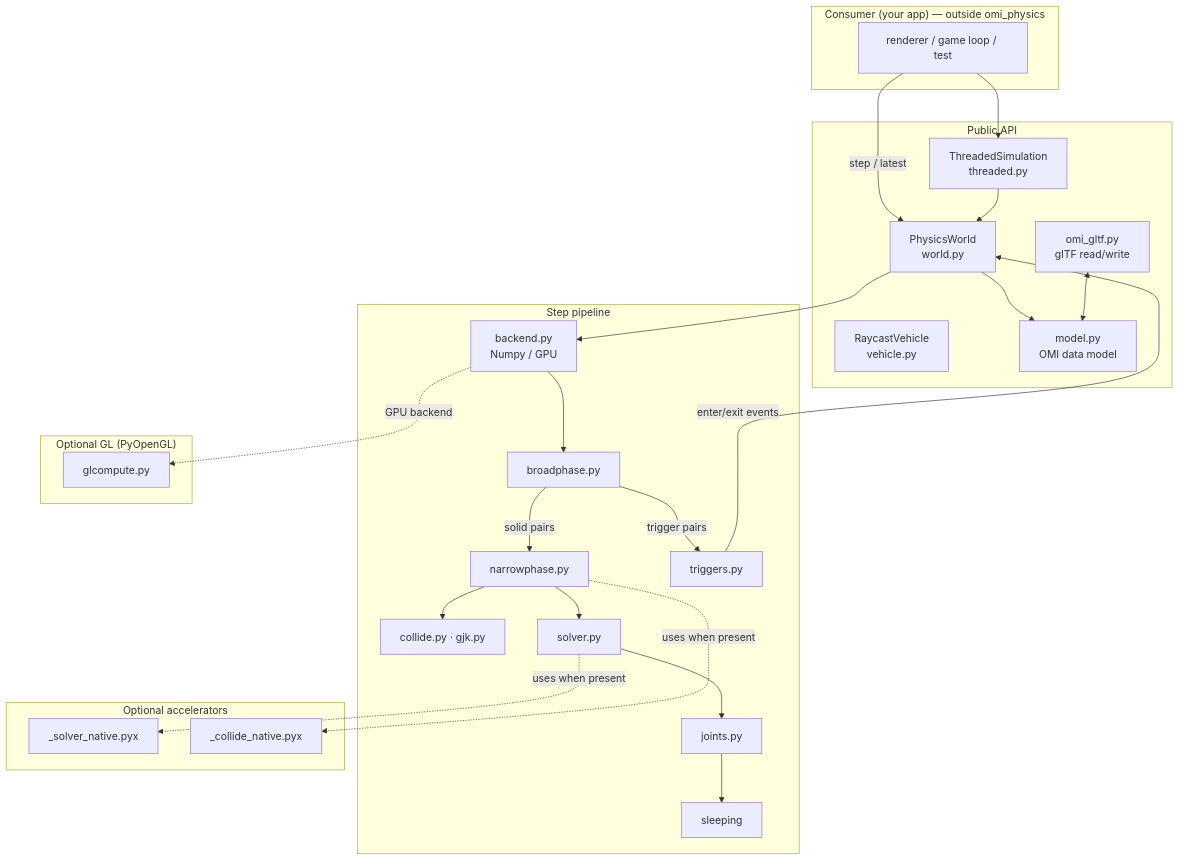
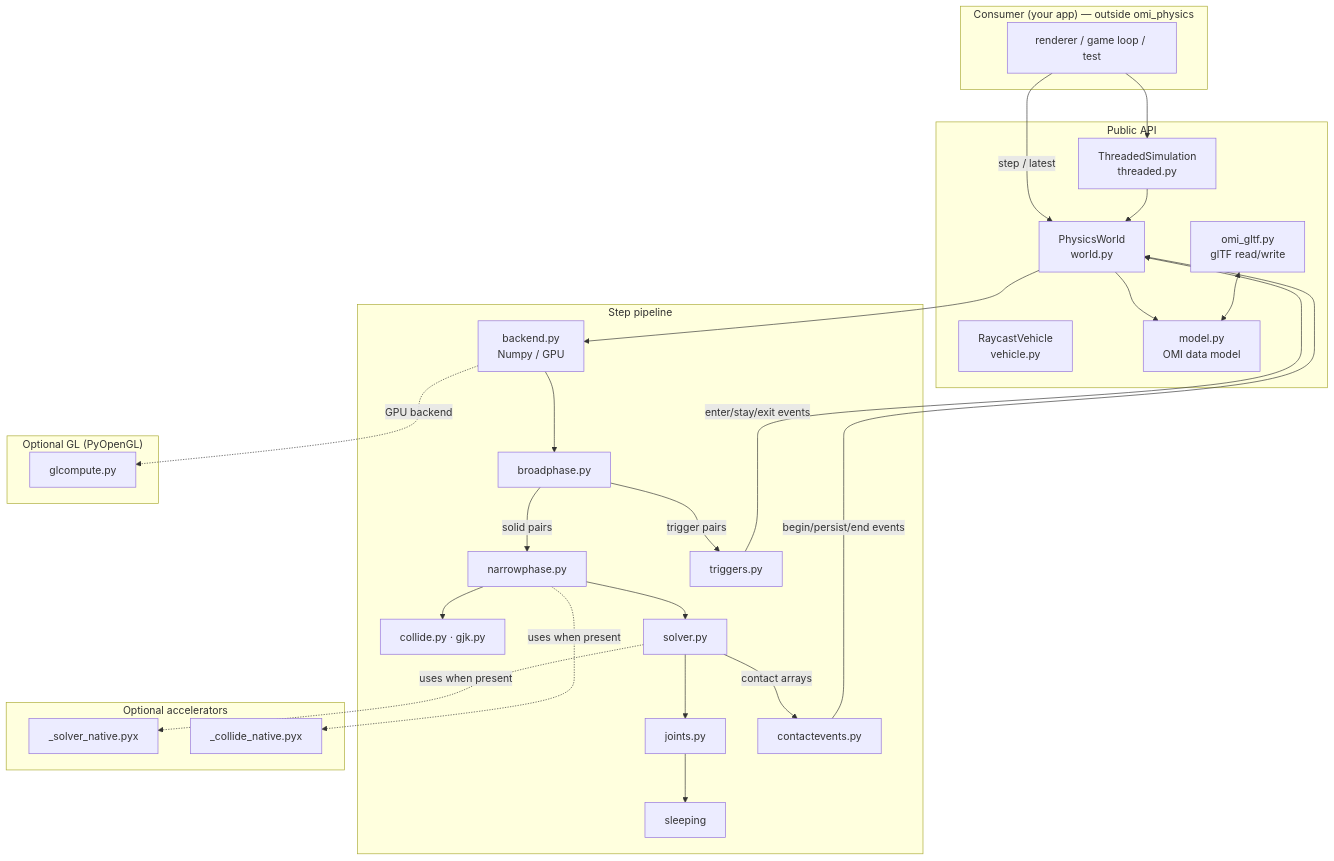
One commit to mcfletch/omi_physics changed the diagram in docs/ARCHITECTURE.md. Above: the diagram before and after it, drawn with Mermaid. The commit also changed other lines of this file and 15 other files, not shown here.

````diff
--- a/docs/ARCHITECTURE.md
+++ b/docs/ARCHITECTURE.md
@@ -10,49 +10,52 @@
 ```mermaid
 flowchart TD
     subgraph consumer["Consumer (your app) — outside omi_physics"]
         R[renderer / game loop / test]
     end
 
     subgraph api["Public API"]
         W[PhysicsWorld<br/>world.py]
         V[RaycastVehicle<br/>vehicle.py]
         TS[ThreadedSimulation<br/>threaded.py]
         M[model.py<br/>OMI data model]
         G[omi_gltf.py<br/>glTF read/write]
     end
 
     subgraph pipeline["Step pipeline"]
         BK[backend.py<br/>Numpy / GPU]
         BP[broadphase.py]
         NP[narrowphase.py]
         CO[collide.py · gjk.py]
         SV[solver.py]
         JO[joints.py]
         TR[triggers.py]
+        CE[contactevents.py]
         SL[sleeping]
     end
 
     subgraph accel["Optional accelerators"]
         SN[_solver_native.pyx]
         CN[_collide_native.pyx]
     end
 
     subgraph opt["Optional GL (PyOpenGL)"]
         GC[glcompute.py]
     end
 
     R -->|step / latest| W
     R --> TS
     TS --> W
     W --> M
     G <--> M
     W --> BK
     BK --> BP
     BP -->|solid pairs| NP --> SV --> JO --> SL
     BP -->|trigger pairs| TR
-    TR -->|enter/exit events| W
+    SV -->|contact arrays| CE
+    CE -->|begin/persist/end events| W
+    TR -->|enter/stay/exit events| W
     NP --> CO
     SV -. uses when present .-> SN
     NP -. uses when present .-> CN
     BK -. GPU backend .-> GC
 ```
````
